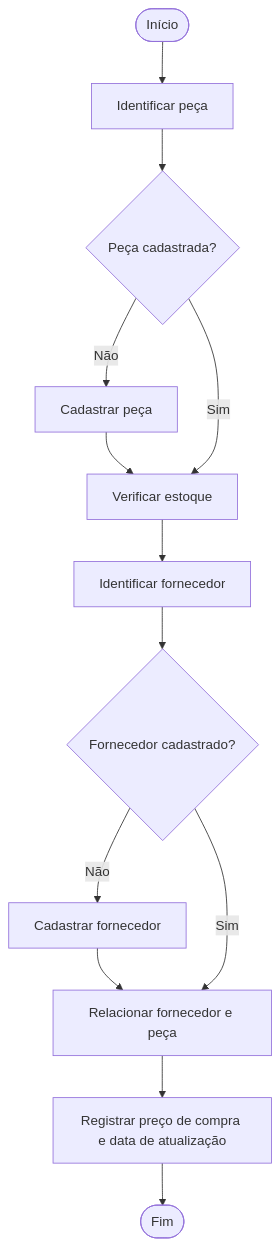
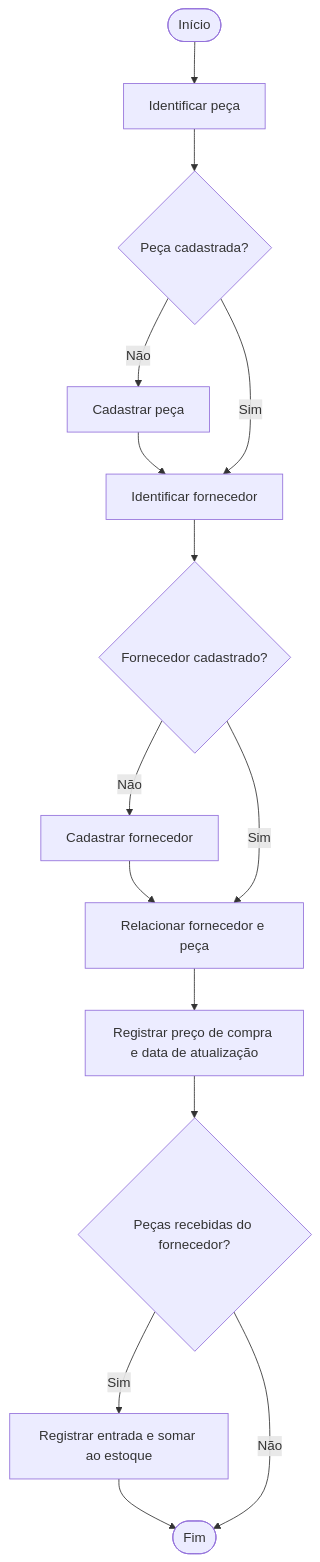
Before and after one commit to Lipe0921/Banco-de-dados: the fourth of 6 diagrams in README.md, drawn with Mermaid. The commit also changed other lines of this file, not shown here.

````diff
--- a/README.md
+++ b/README.md
@@ -234,15 +288,17 @@
 ```mermaid
 flowchart TD
     A([Início]) --> B[Identificar peça]
     B --> C{Peça cadastrada?}
     C -- Não --> D[Cadastrar peça]
     D --> E
-    C -- Sim --> E[Verificar estoque]
-    E --> F[Identificar fornecedor]
-    F --> G{Fornecedor cadastrado?}
-    G -- Não --> H[Cadastrar fornecedor]
-    H --> I
-    G -- Sim --> I[Relacionar fornecedor e peça]
-    I --> J[Registrar preço de compra e data de atualização]
-    J --> K([Fim])
+    C -- Sim --> E[Identificar fornecedor]
+    E --> F{Fornecedor cadastrado?}
+    F -- Não --> G[Cadastrar fornecedor]
+    G --> H
+    F -- Sim --> H[Relacionar fornecedor e peça]
+    H --> I[Registrar preço de compra e data de atualização]
+    I --> J{Peças recebidas do fornecedor?}
+    J -- Sim --> K[Registrar entrada e somar ao estoque]
+    K --> L([Fim])
+    J -- Não --> L
 ```
````
